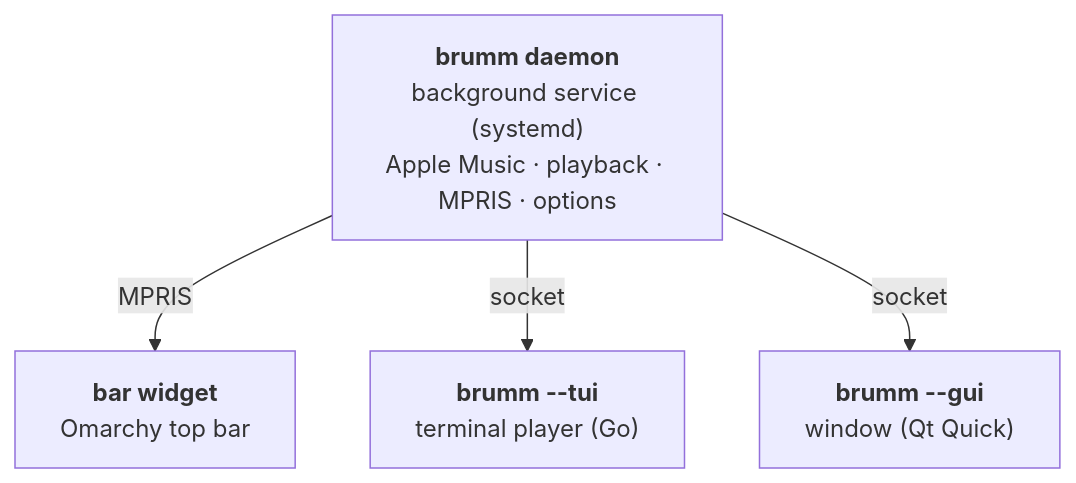
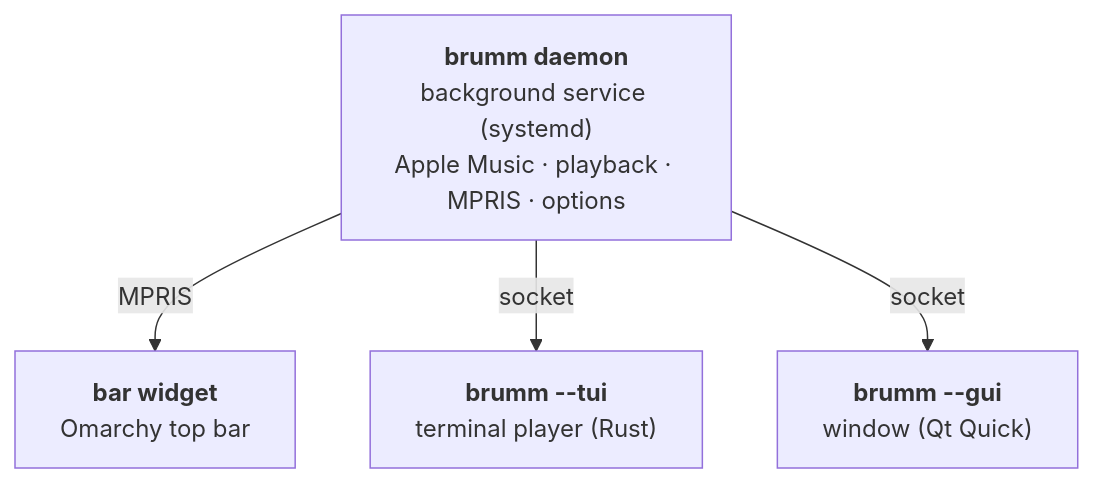
The diagram in README.md (chriopter/brumm), drawn with Mermaid before and after one commit. The commit also changed other lines of this file and 193 other files, not shown here.

Commit message:
Port brumm core and terminal player to Rust

````diff
--- a/README.md
+++ b/README.md
@@ -86,7 +91,7 @@
 ```mermaid
 flowchart TB
   daemon["<b>brumm daemon</b><br/>background service (systemd)<br/>Apple Music · playback · MPRIS · options"]
   daemon -- MPRIS --> bar["<b>bar widget</b><br/>Omarchy top bar"]
-  daemon -- socket --> tui["<b>brumm --tui</b><br/>terminal player (Go)"]
+  daemon -- socket --> tui["<b>brumm --tui</b><br/>terminal player (Rust)"]
   daemon -- socket --> gui["<b>brumm --gui</b><br/>window (Qt Quick)"]
 ```
````
